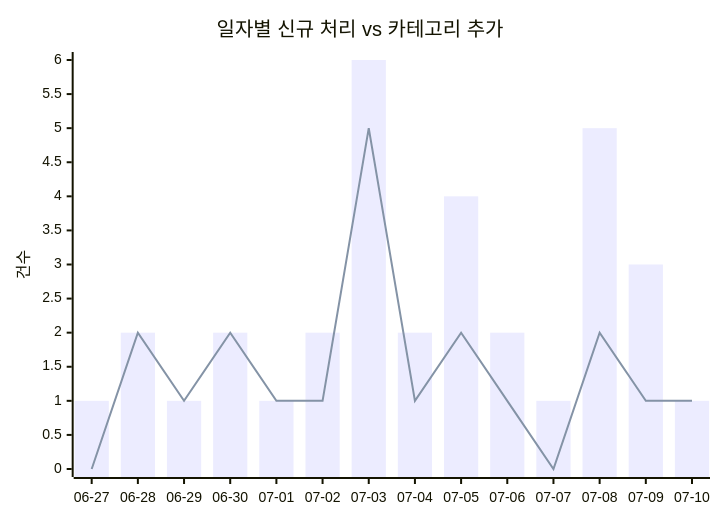
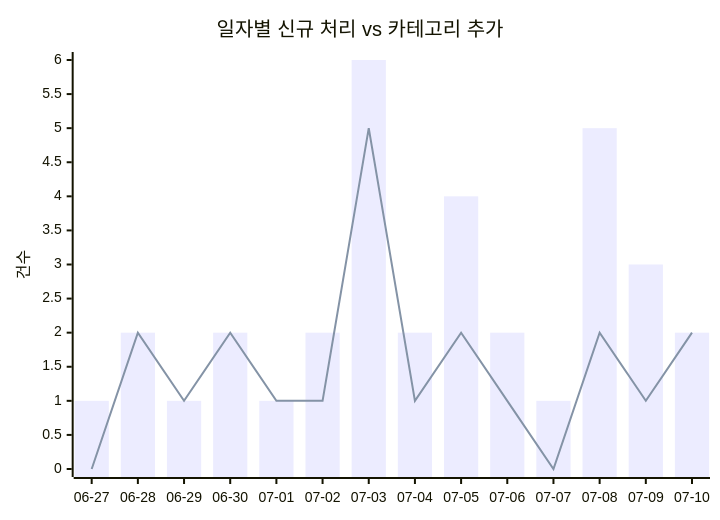
Before and after one commit to J-nowcow/awesome-korean-agent-skills: the first of 2 diagrams in docs/trends.md, drawn with Mermaid. The commit also changed other lines of this file and 3 other files, not shown here.

````diff
--- a/docs/trends.md
+++ b/docs/trends.md
@@ -32,8 +32,8 @@
 ```mermaid
 xychart-beta
     title "일자별 신규 처리 vs 카테고리 추가"
     x-axis ["06-27","06-28","06-29","06-30","07-01","07-02","07-03","07-04","07-05","07-06","07-07","07-08","07-09","07-10"]
     y-axis "건수"
-    bar [1,2,1,2,1,2,6,2,4,2,1,5,3,1]
-    line [0,2,1,2,1,1,5,1,2,1,0,2,1,1]
+    bar [1,2,1,2,1,2,6,2,4,2,1,5,3,2]
+    line [0,2,1,2,1,1,5,1,2,1,0,2,1,2]
 ```
````
